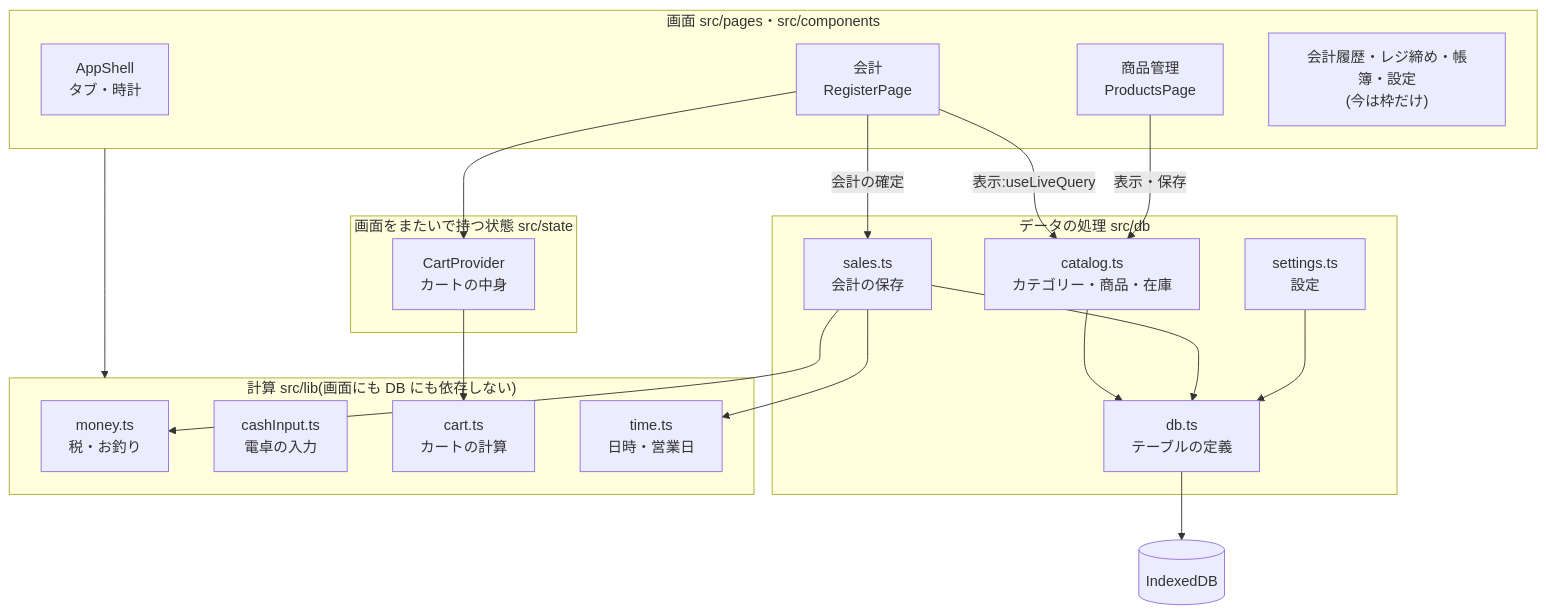
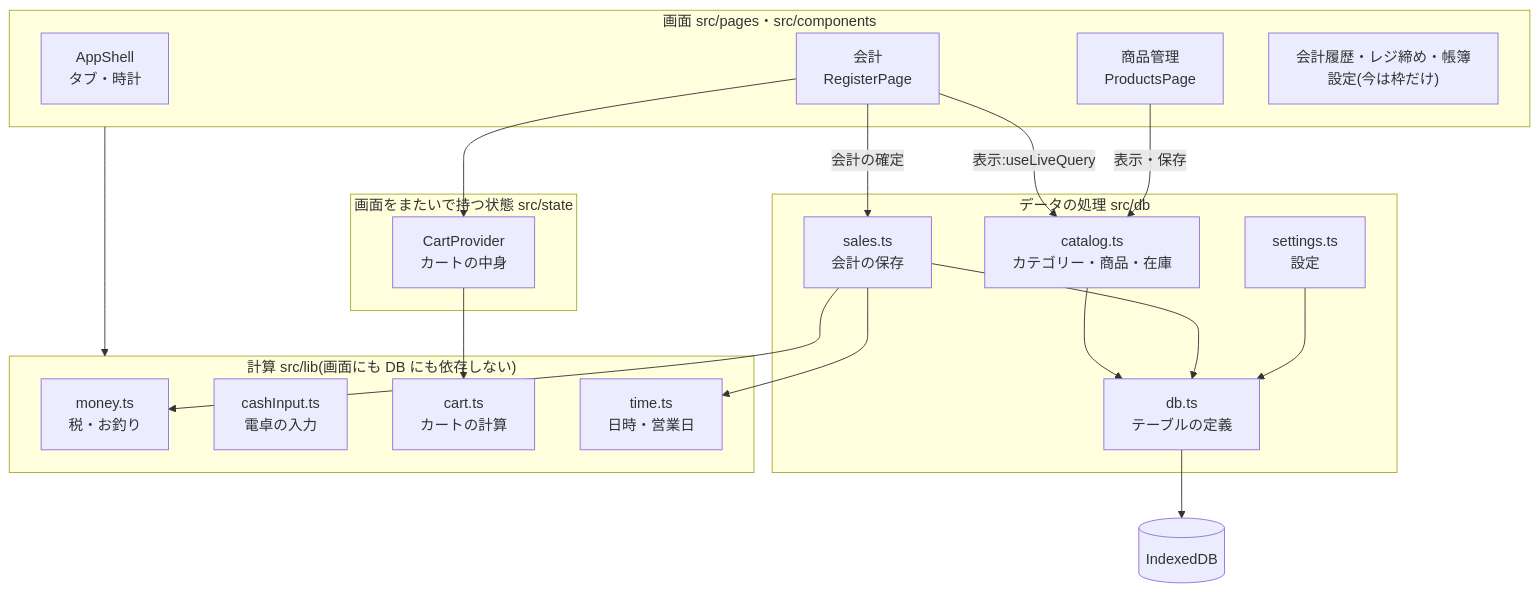
The second of 4 diagrams in docs/architecture.md (bang-prog/tyoubo), drawn with Mermaid before and after one commit. The commit also changed other lines of this file and 17 other files, not shown here.

````diff
--- a/docs/architecture.md
+++ b/docs/architecture.md
@@ -42,42 +42,42 @@
 ```mermaid
 flowchart TB
   subgraph ui["画面  src/pages・src/components"]
     shell["AppShell<br/>タブ・時計"]
     reg["会計<br/>RegisterPage"]
     prod["商品管理<br/>ProductsPage"]
-    rest["会計履歴・レジ締め・帳簿・設定<br/>(今は枠だけ)"]
+    rest["会計履歴・レジ締め・帳簿<br/>設定(今は枠だけ)"]
   end
 
   subgraph state["画面をまたいで持つ状態  src/state"]
     cartctx["CartProvider<br/>カートの中身"]
   end
 
   subgraph data["データの処理  src/db"]
     catalog["catalog.ts<br/>カテゴリー・商品・在庫"]
     sales["sales.ts<br/>会計の保存"]
     settings["settings.ts<br/>設定"]
     schema["db.ts<br/>テーブルの定義"]
   end
 
   subgraph lib["計算  src/lib(画面にも DB にも依存しない)"]
     money["money.ts<br/>税・お釣り"]
     cash["cashInput.ts<br/>電卓の入力"]
     cartlib["cart.ts<br/>カートの計算"]
     time["time.ts<br/>日時・営業日"]
   end
 
   idb[("IndexedDB")]
 
   reg --> cartctx
   reg -- "表示:useLiveQuery" --> catalog
   reg -- "会計の確定" --> sales
   prod -- "表示・保存" --> catalog
   ui --> lib
   cartctx --> cartlib
   catalog --> schema
   sales --> schema
   settings --> schema
   sales --> money
   sales --> time
   schema --> idb
 ```
````
